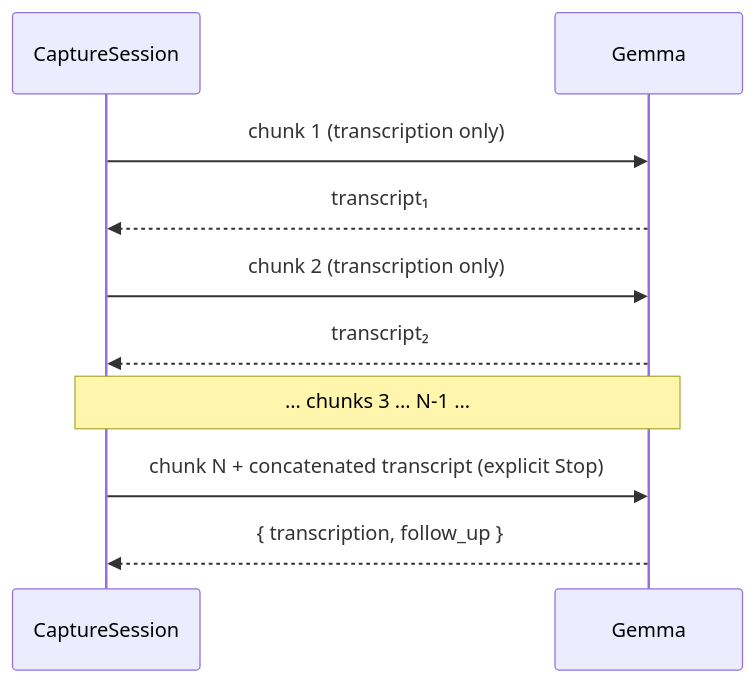
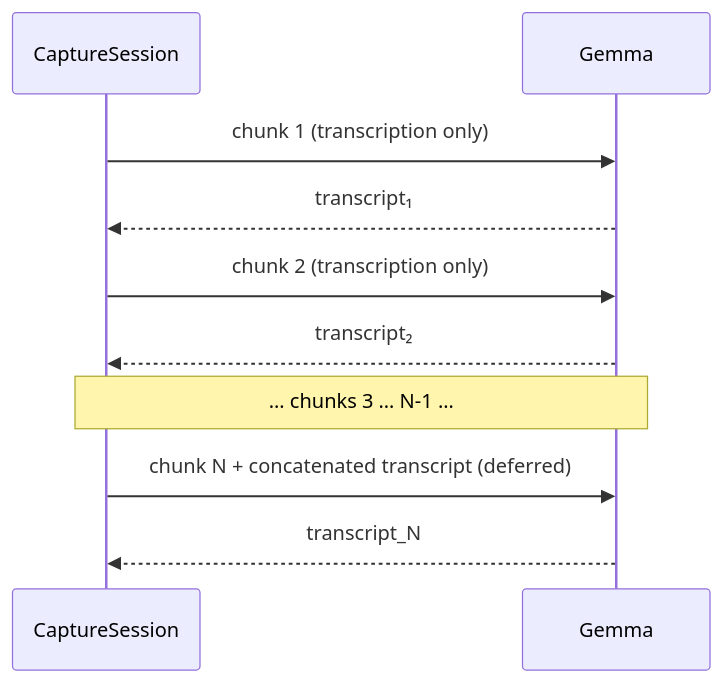
Before and after one commit to anchildress1/vestige: the second of 6 diagrams in docs/diagrams/adr-decisions.md, drawn with Mermaid. The commit also changed other lines of this file and 39 other files, not shown here.

````diff
--- a/docs/diagrams/adr-decisions.md
+++ b/docs/diagrams/adr-decisions.md
@@ -54,15 +56,15 @@
 ```mermaid
 sequenceDiagram
     accTitle: ADR-001 Q4 over-30-second audio chunking
-    accDescr: For audio longer than 30 seconds, chunks 1 through N minus 1 are transcription-only calls. The final chunk receives the concatenated transcript and produces the follow-up. Final-chunk detection is the explicit Stop.
+    accDescr: For audio longer than 30 seconds, chunks 1 through N minus 1 are transcription-only calls. The deferred final chunk returns transcription and one follow-up.
 
     participant Cap as CaptureSession
     participant G as Gemma
     Cap->>G: chunk 1 (transcription only)
     G-->>Cap: transcript₁
     Cap->>G: chunk 2 (transcription only)
     G-->>Cap: transcript₂
     Note over Cap,G: … chunks 3 … N-1 …
-    Cap->>G: chunk N + concatenated transcript (explicit Stop)
-    G-->>Cap: { transcription, follow_up }
+    Cap->>G: chunk N + concatenated transcript (deferred)
+    G-->>Cap: transcript_N
 ```
````
